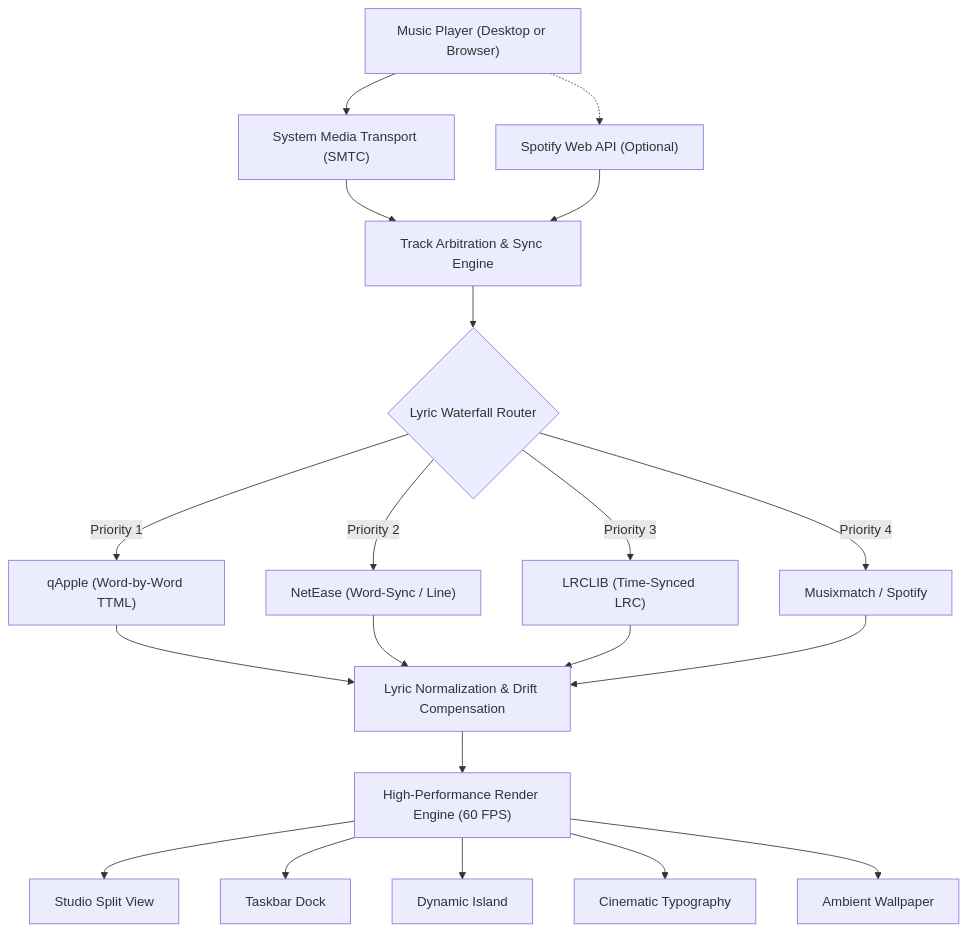
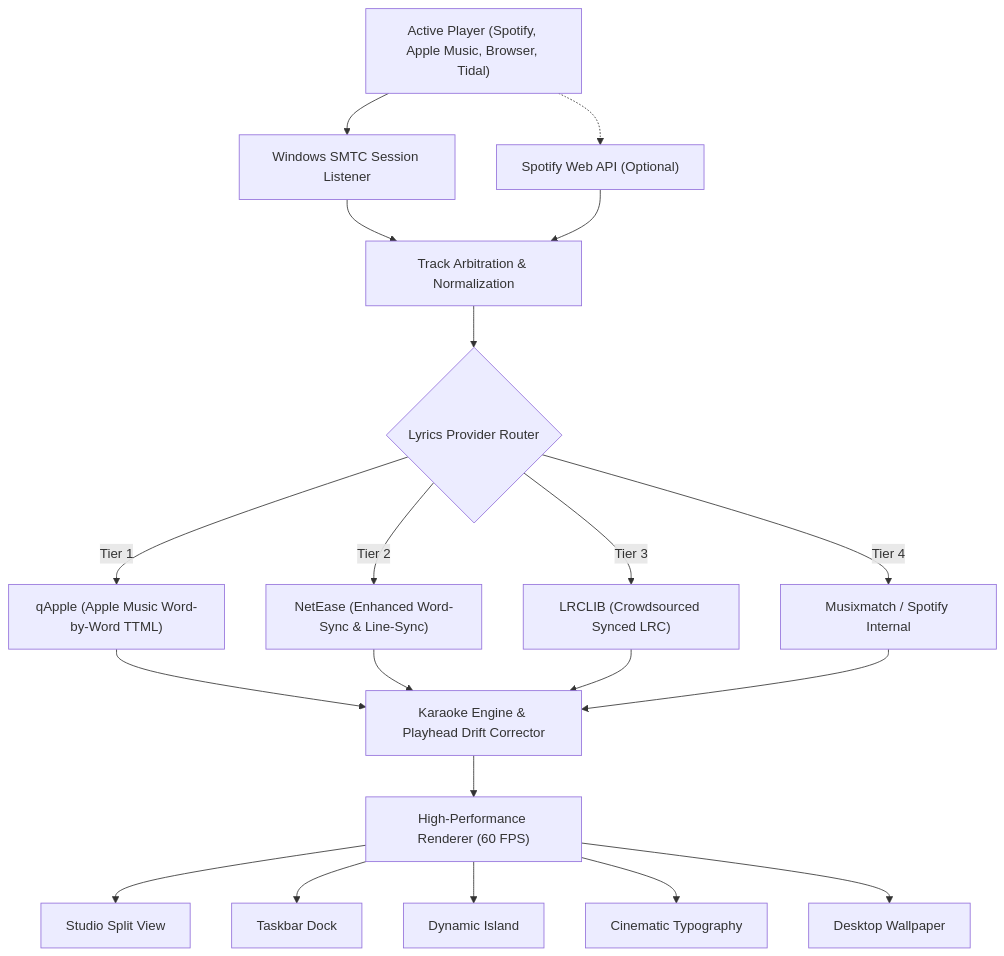
One commit to badghost001/LyricFlow changed the diagram in README.md. Above: the diagram before and after it, drawn with Mermaid. The commit also changed other lines of this file and 2 other files, not shown here.

````diff
--- a/README.md
+++ b/README.md
@@ -112,26 +119,26 @@
 ```mermaid
 flowchart TD
-    Player["Music Player (Desktop or Browser)"] --> SMTC["System Media Transport (SMTC)"]
+    Player["Active Player (Spotify, Apple Music, Browser, Tidal)"] --> SMTC["Windows SMTC Session Listener"]
     Player -.-> SpotifyAPI["Spotify Web API (Optional)"]
     
-    SMTC --> Engine["Track Arbitration & Sync Engine"]
-    SpotifyAPI --> Engine
+    SMTC --> Arbiter["Track Arbitration & Normalization"]
+    SpotifyAPI --> Arbiter
     
-    Engine --> ProviderRouter{"Lyric Waterfall Router"}
-    ProviderRouter -->|Priority 1| qApple["qApple (Word-by-Word TTML)"]
-    ProviderRouter -->|Priority 2| NetEase["NetEase (Word-Sync / Line)"]
-    ProviderRouter -->|Priority 3| LRCLIB["LRCLIB (Time-Synced LRC)"]
-    ProviderRouter -->|Priority 4| Musixmatch["Musixmatch / Spotify"]
+    Arbiter --> Router{"Lyrics Provider Router"}
+    Router -->|Tier 1| qApple["qApple (Apple Music Word-by-Word TTML)"]
+    Router -->|Tier 2| NetEase["NetEase (Enhanced Word-Sync & Line-Sync)"]
+    Router -->|Tier 3| LRCLIB["LRCLIB (Crowdsourced Synced LRC)"]
+    Router -->|Tier 4| Musixmatch["Musixmatch / Spotify Internal"]
     
-    qApple --> Normalizer["Lyric Normalization & Drift Compensation"]
-    NetEase --> Normalizer
-    LRCLIB --> Normalizer
-    Musixmatch --> Normalizer
+    qApple --> Engine["Karaoke Engine & Playhead Drift Corrector"]
+    NetEase --> Engine
+    LRCLIB --> Engine
+    Musixmatch --> Engine
     
-    Normalizer --> RenderEngine["High-Performance Render Engine (60 FPS)"]
-    RenderEngine --> SplitView["Studio Split View"]
-    RenderEngine --> Taskbar["Taskbar Dock"]
-    RenderEngine --> Island["Dynamic Island"]
-    RenderEngine --> Cinematic["Cinematic Typography"]
-    RenderEngine --> Wallpaper["Ambient Wallpaper"]
+    Engine --> Renderer["High-Performance Renderer (60 FPS)"]
+    Renderer --> Split["Studio Split View"]
+    Renderer --> Taskbar["Taskbar Dock"]
+    Renderer --> Island["Dynamic Island"]
+    Renderer --> Cinema["Cinematic Typography"]
+    Renderer --> Wall["Desktop Wallpaper"]
 ```
````
